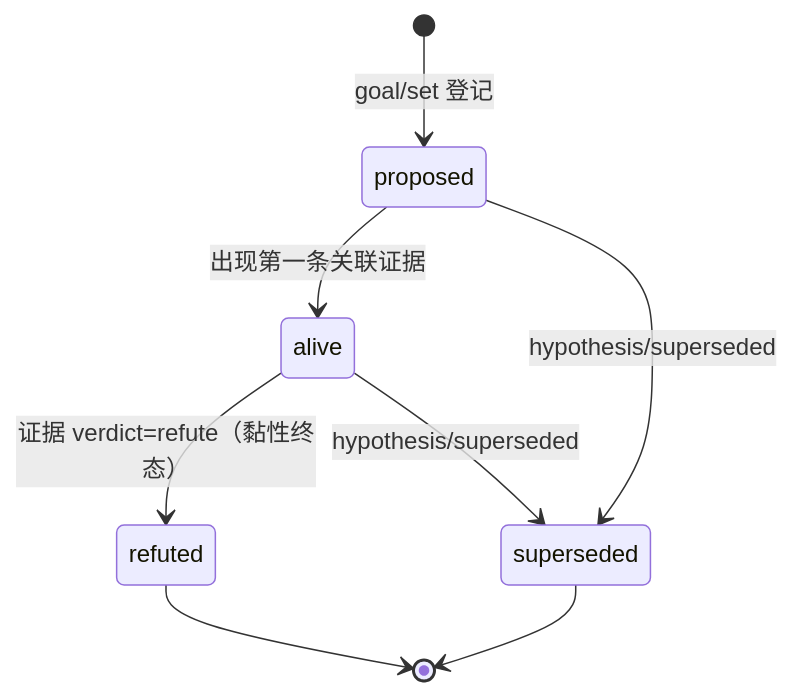
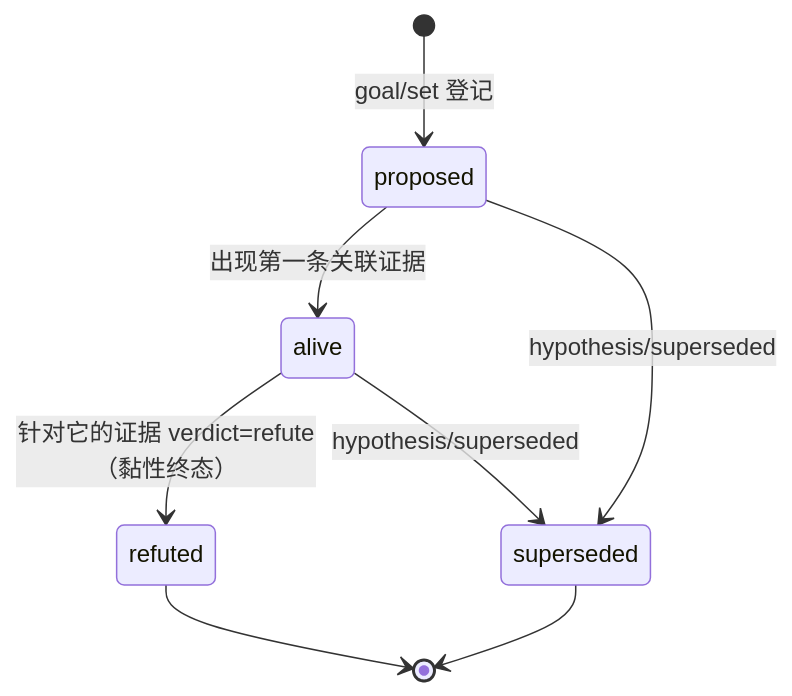
One commit to Clearailhc/clearai-dsh changed the fourth of 11 diagrams in docs/optimization/state-machines.zh-CN.md. Above: the diagram before and after it, drawn with Mermaid. The commit also changed other lines of this file and 42 other files, not shown here.

````diff
--- a/docs/optimization/state-machines.zh-CN.md
+++ b/docs/optimization/state-machines.zh-CN.md
@@ -94,10 +91,10 @@
 ```mermaid
 stateDiagram-v2
     [*] --> proposed: goal/set 登记
     proposed --> alive: 出现第一条关联证据
-    alive --> refuted: 证据 verdict=refute（黏性终态）
+    alive --> refuted: 针对它的证据 verdict=refute（黏性终态）
     proposed --> superseded: hypothesis/superseded
     alive --> superseded: hypothesis/superseded
     refuted --> [*]
     superseded --> [*]
 ```
````
